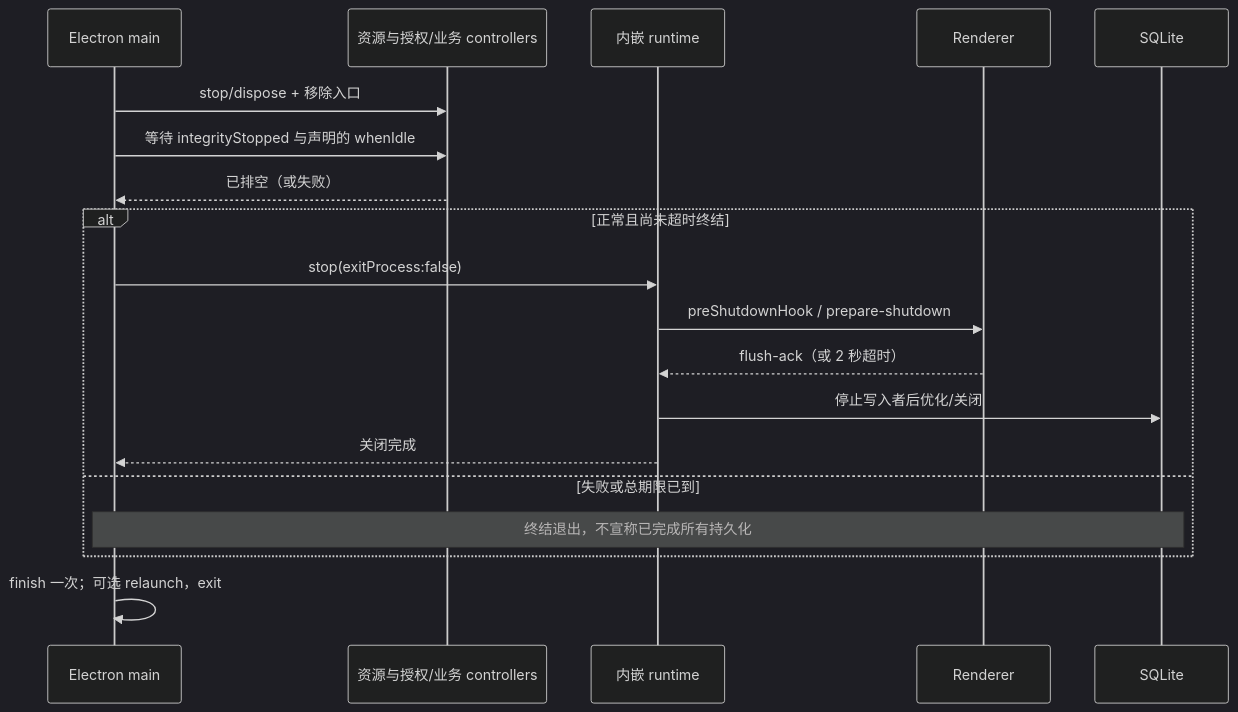
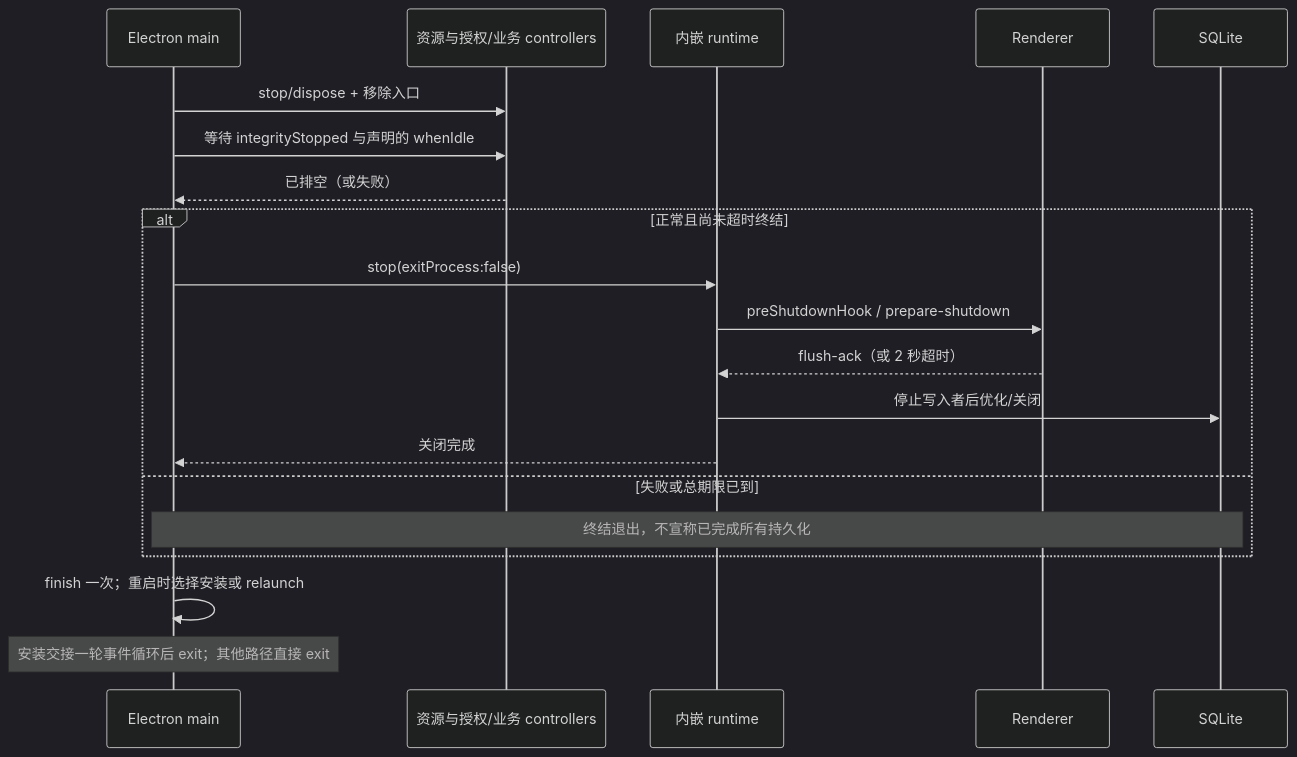
Before and after one commit to AuroraWhisperer/LIRA: the diagram in docs/reference/desktop/main.md, drawn with Mermaid (dark theme). The commit also changed other lines of this file and 89 other files, not shown here.

````diff
--- a/docs/reference/desktop/main.md
+++ b/docs/reference/desktop/main.md
@@ -506,21 +506,22 @@
 ```mermaid
 sequenceDiagram
   participant Main as Electron main
   participant Owners as 资源与授权/业务 controllers
   participant Runtime as 内嵌 runtime
   participant Renderer
   participant DB as SQLite
   Main->>Owners: stop/dispose + 移除入口
   Main->>Owners: 等待 integrityStopped 与声明的 whenIdle
   Owners-->>Main: 已排空（或失败）
   alt 正常且尚未超时终结
     Main->>Runtime: stop(exitProcess:false)
     Runtime->>Renderer: preShutdownHook / prepare-shutdown
     Renderer-->>Runtime: flush-ack（或 2 秒超时）
     Runtime->>DB: 停止写入者后优化/关闭
     Runtime-->>Main: 关闭完成
   else 失败或总期限已到
     Note over Main,DB: 终结退出，不宣称已完成所有持久化
   end
-  Main->>Main: finish 一次；可选 relaunch，exit
+  Main->>Main: finish 一次；重启时选择安装或 relaunch
+  Note over Main: 安装交接一轮事件循环后 exit；其他路径直接 exit
 ```
````
